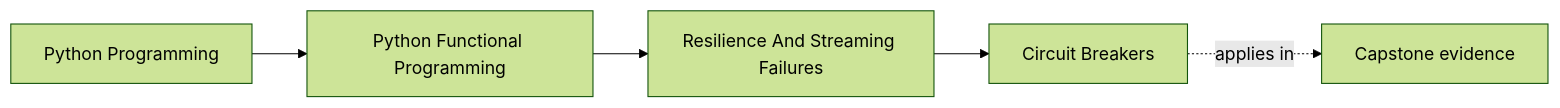
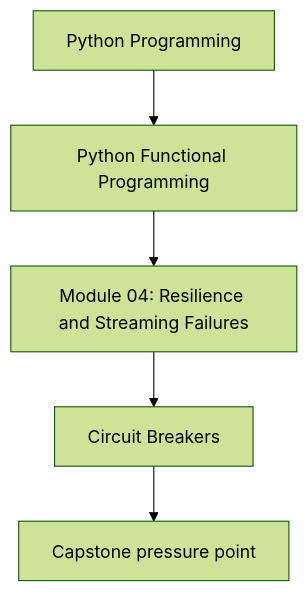
Before and after one commit to bijux/bijux-masterclass: the first of 2 diagrams in programs/python-programming/python-functional-programming/course-book/module-04-resilience-and-streaming-failures/circuit-breakers.md, drawn with Mermaid (forest theme). The commit also changed other lines of this file and 118 other files, not shown here.

Commit message:
docs(python-functional-programming): align concept page diagrams

````diff
--- a/programs/python-programming/python-functional-programming/course-book/module-04-resilience-and-streaming-failures/circuit-breakers.md
+++ b/programs/python-programming/python-functional-programming/course-book/module-04-resilience-and-streaming-failures/circuit-breakers.md
@@ -7,11 +7,7 @@
 ```mermaid
-graph LR
-  family["Python Programming"]
-  program["Python Functional Programming"]
-  section["Resilience And Streaming Failures"]
-  page["Circuit Breakers"]
-  capstone["Capstone evidence"]
-
-  family --> program --> section --> page
-  page -.applies in.-> capstone
+flowchart TD
+  family["Python Programming"] --> program["Python Functional Programming"]
+  program --> module["Module 04: Resilience and Streaming Failures"]
+  module --> concept["Circuit Breakers"]
+  concept --> capstone["Capstone pressure point"]
 ```
````
